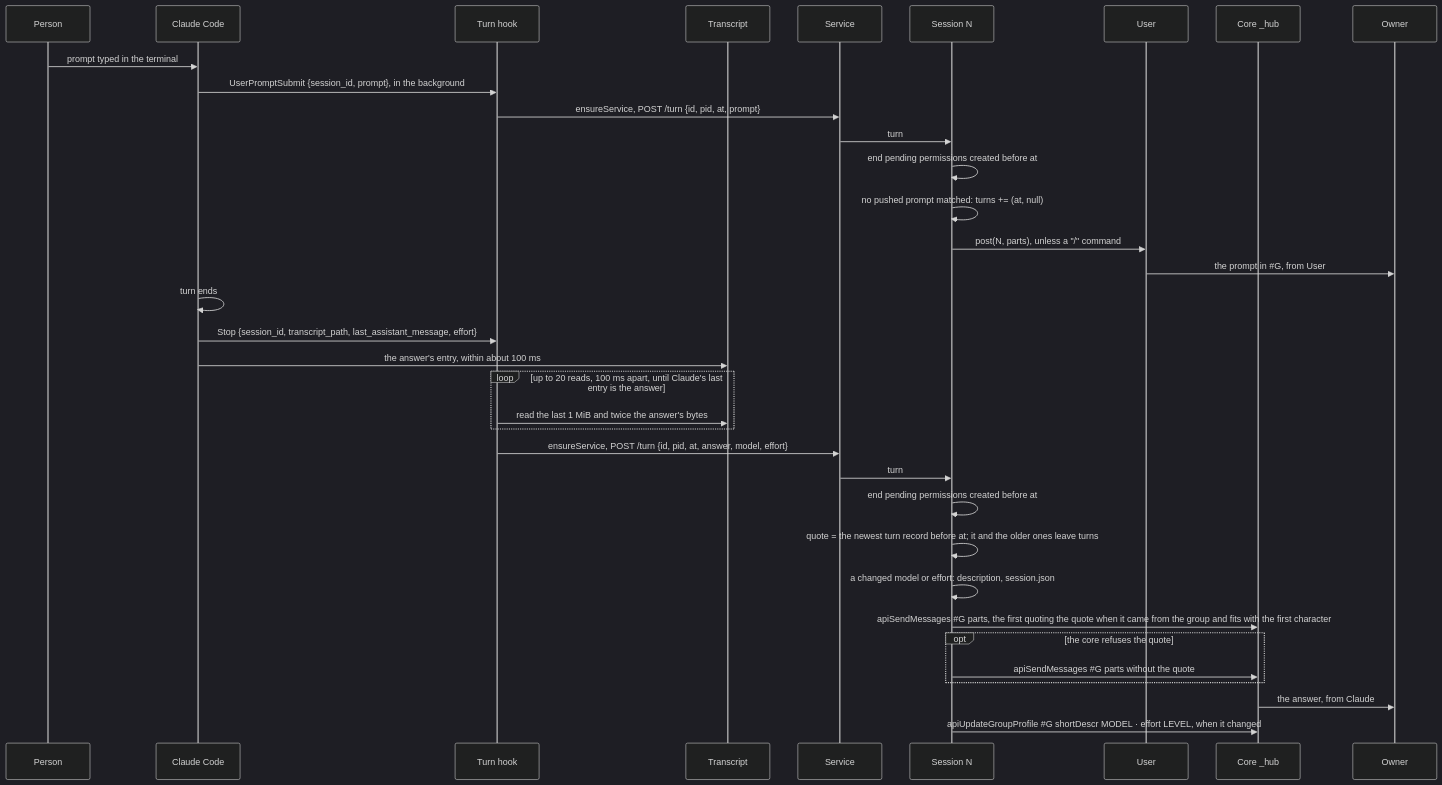
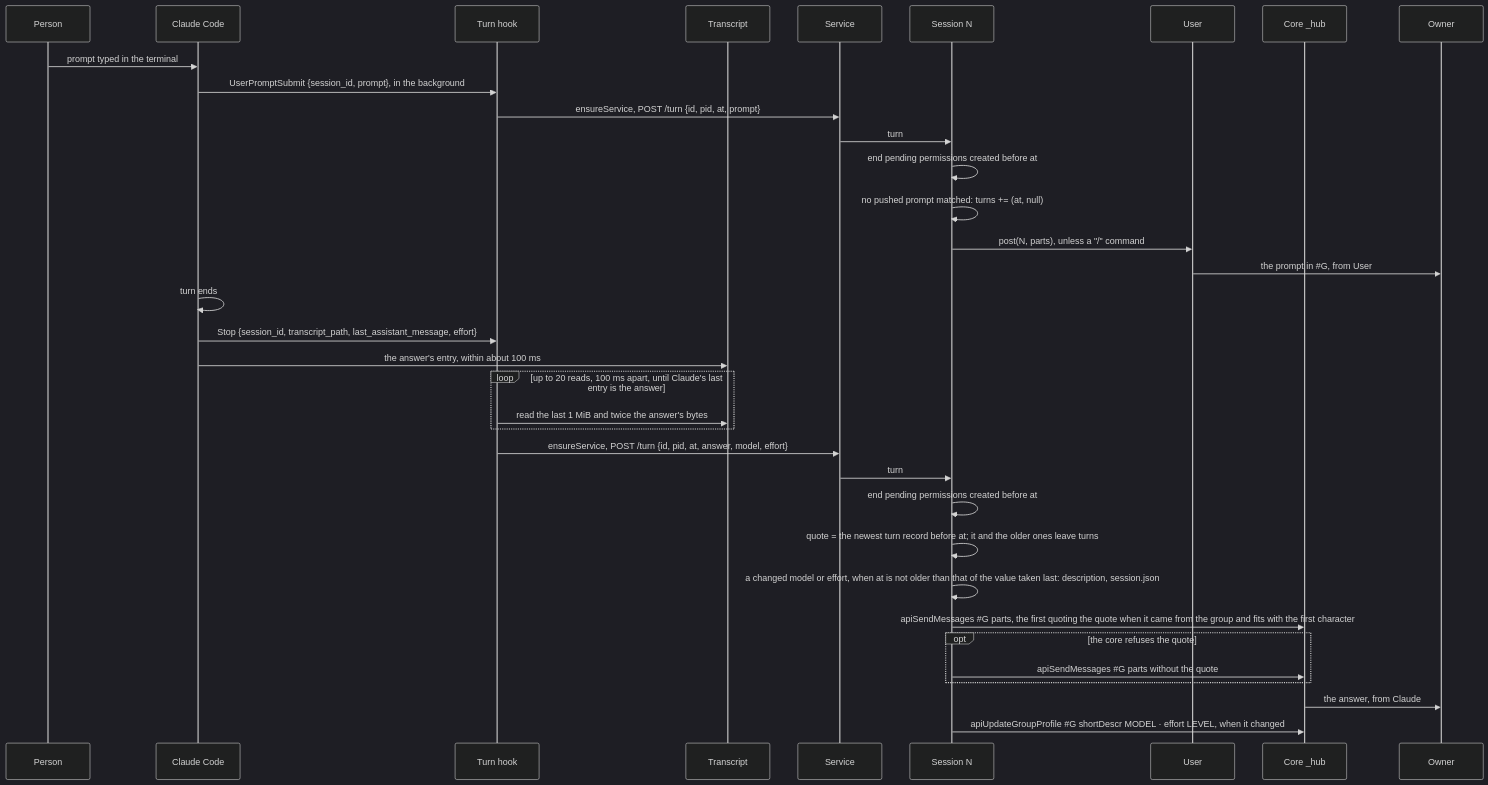
Diagram 21 of 30 in packages/simplex-chat-mcp/spec/flows.md (simplex-chat/simplex-chat), drawn with Mermaid (dark theme) before and after one commit. The commit also changed other lines of this file and 5 other files, not shown here.

Commit message:
mcp: an older turn request no longer replaces a newer model or effort

````diff
--- a/packages/simplex-chat-mcp/spec/flows.md
+++ b/packages/simplex-chat-mcp/spec/flows.md
@@ -961,37 +961,37 @@
 ```mermaid
 sequenceDiagram
   participant P as Person
   participant CC as Claude Code
   participant HK as Turn hook
   participant T as Transcript
   participant D as Service
   participant N as Session N
   participant U as User
   participant C as Core _hub
   participant O as Owner
   P->>CC: prompt typed in the terminal
   CC->>HK: UserPromptSubmit {session_id, prompt}, in the background
   HK->>D: ensureService, POST /turn {id, pid, at, prompt}
   D->>N: turn
   N->>N: end pending permissions created before at
   N->>N: no pushed prompt matched: turns += (at, null)
   N->>U: post(N, parts), unless a "/" command
   U->>O: the prompt in #35;G, from User
   CC->>CC: turn ends
   CC->>HK: Stop {session_id, transcript_path, last_assistant_message, effort}
   CC->>T: the answer's entry, within about 100 ms
   loop up to 20 reads, 100 ms apart, until Claude's last entry is the answer
     HK->>T: read the last 1 MiB and twice the answer's bytes
   end
   HK->>D: ensureService, POST /turn {id, pid, at, answer, model, effort}
   D->>N: turn
   N->>N: end pending permissions created before at
   N->>N: quote = the newest turn record before at#59; it and the older ones leave turns
-  N->>N: a changed model or effort: description, session.json
+  N->>N: a changed model or effort, when at is not older than that of the value taken last: description, session.json
   N->>C: apiSendMessages #35;G parts, the first quoting the quote when it came from the group and fits with the first character
   opt the core refuses the quote
     N->>C: apiSendMessages #35;G parts without the quote
   end
   C->>O: the answer, from Claude
   N->>C: apiUpdateGroupProfile #35;G shortDescr MODEL · effort LEVEL, when it changed
 ```
````
